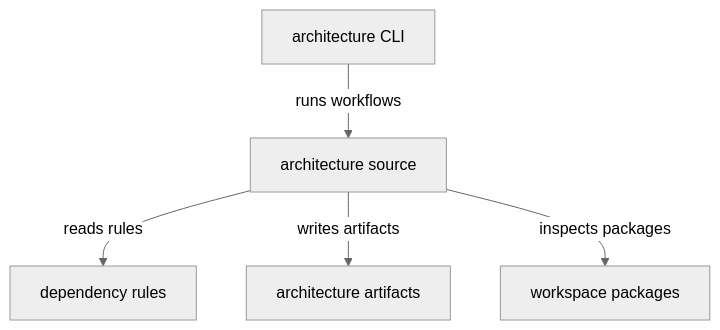
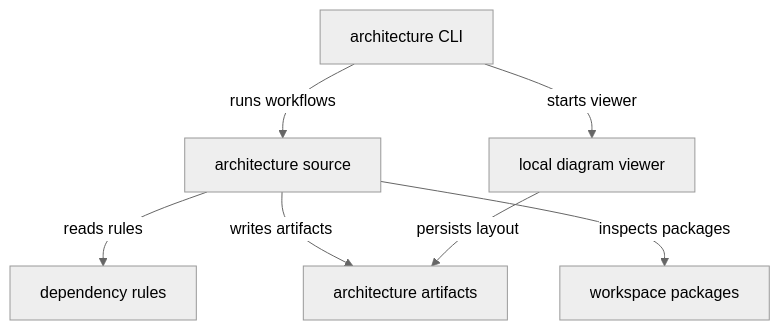
One commit to Dangerdan9631/Agent changed the diagram in spec-n-roll/src/spec-n-roll-arch/README.md. Above: the diagram before and after it, drawn with Mermaid (neutral theme). The commit also changed other lines of this file and 25 other files, not shown here.

First line of the commit message:
feat(architecture): enhance architecture validation and diagram generation

````diff
--- a/spec-n-roll/src/spec-n-roll-arch/README.md
+++ b/spec-n-roll/src/spec-n-roll-arch/README.md
@@ -7,13 +7,16 @@
 ```mermaid
 flowchart TD
     Cli["architecture CLI"]
     Source["architecture source"]
     Config["dependency rules"]
     Artifacts["architecture artifacts"]
+    Viewer["local diagram viewer"]
     Packages["workspace packages"]
 
     Cli -->|"runs workflows"| Source
     Source -->|"reads rules"| Config
     Source -->|"writes artifacts"| Artifacts
+    Cli -->|"starts viewer"| Viewer
+    Viewer -->|"persists layout"| Artifacts
     Source -->|"inspects packages"| Packages
 ```
````
